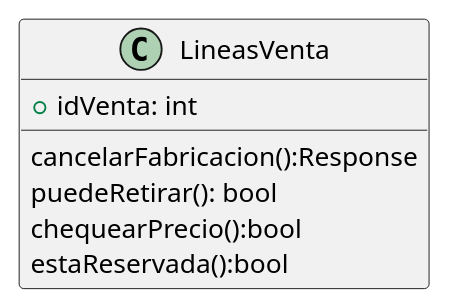
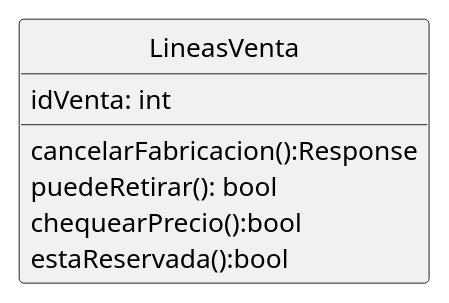
One commit to ZMGestion/DocumentacionZMGestion changed the diagram in DiagramaClases/Clases/LineasVenta.puml. Above: the diagram before and after it, drawn with PlantUML. The commit also changed 122 other files, not shown here.

```diff
--- a/DiagramaClases/Clases/LineasVenta.puml
+++ b/DiagramaClases/Clases/LineasVenta.puml
@@ -1,11 +1,12 @@
 @startuml LineasVenta
+hide circle
 class LineasVenta{
-    +idVenta: int
+    idVenta: int
 
     cancelarFabricacion():Response
     puedeRetirar(): bool
     chequearPrecio():bool
     estaReservada():bool
 
 }
 @enduml
```
